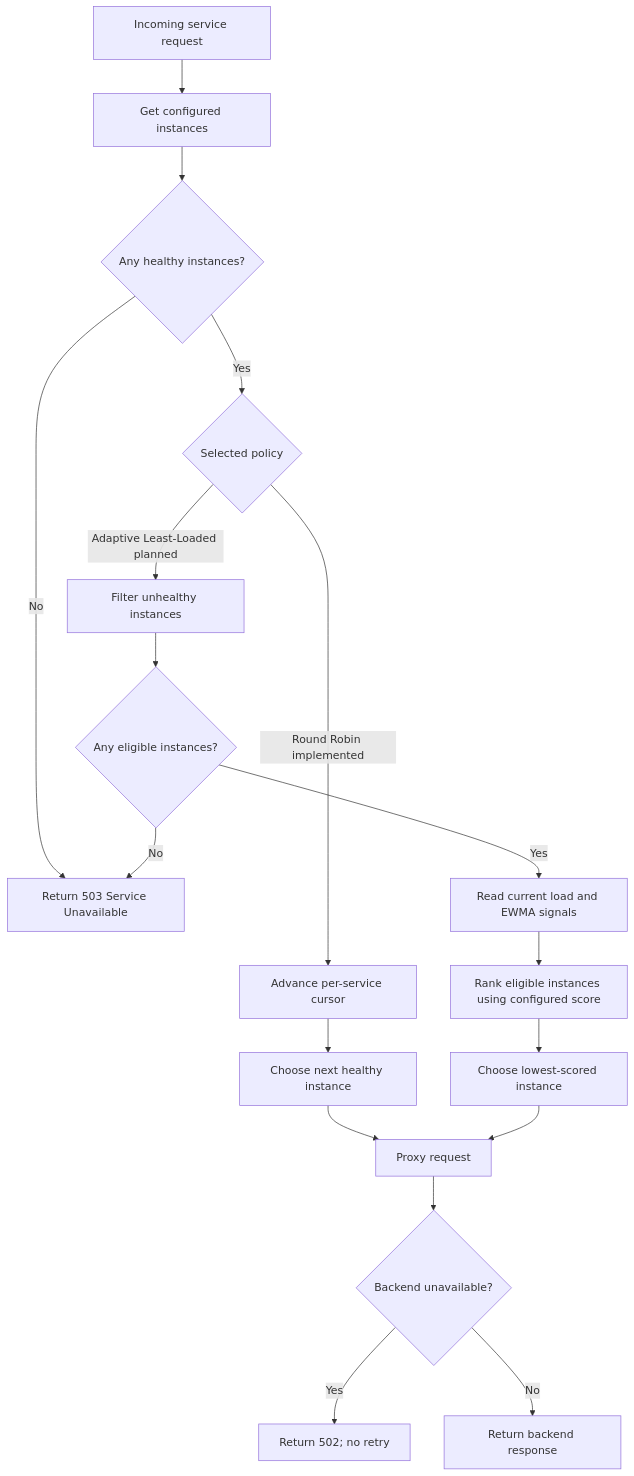
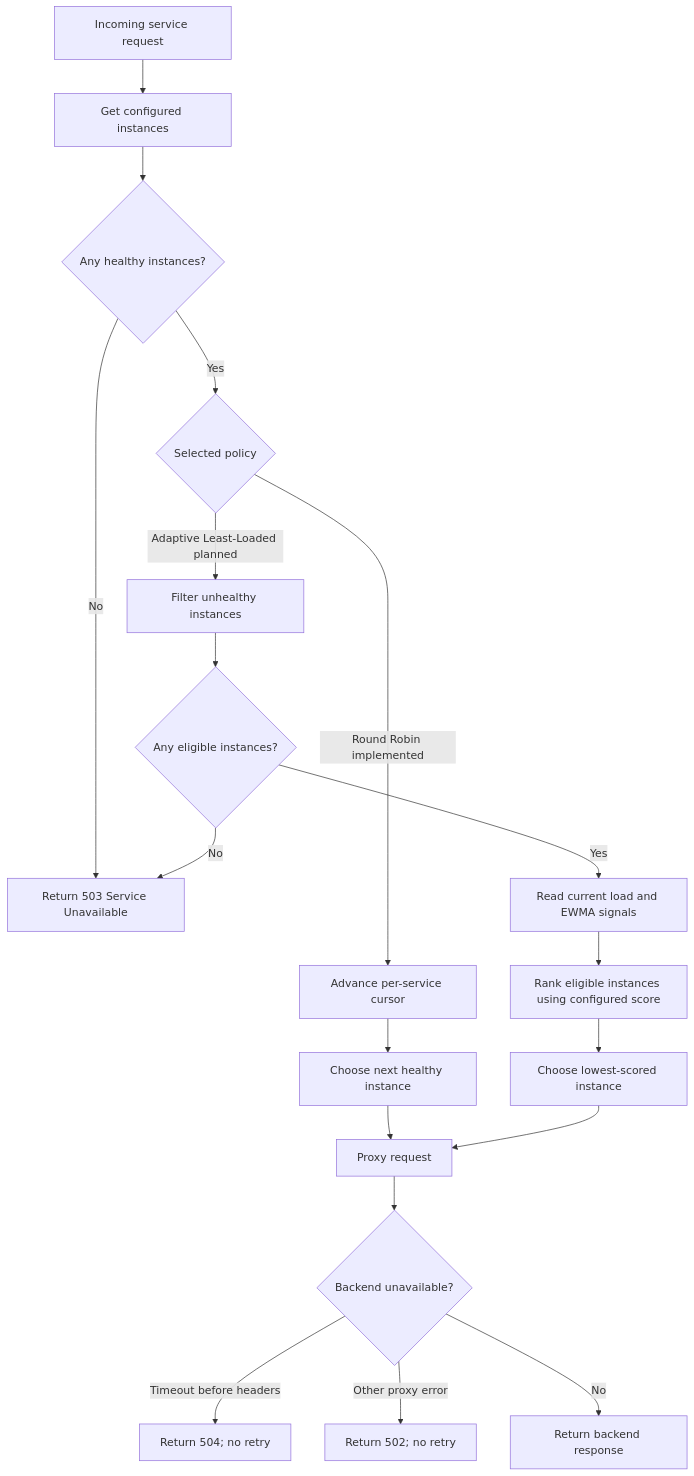
The third of 4 diagrams in ARCHITECTURE.md (Yushi7/IntelliGate), drawn with Mermaid before and after one commit. The commit also changed other lines of this file and 8 other files, not shown here.

````diff
--- a/ARCHITECTURE.md
+++ b/ARCHITECTURE.md
@@ -149,20 +157,21 @@
 ```mermaid
 flowchart TD
     Start[Incoming service request] --> Pool[Get configured instances]
     Pool --> Health{Any healthy instances?}
     Health -->|No| Fail[Return 503 Service Unavailable]
     Health -->|Yes| Policy{Selected policy}
     Policy -->|Round Robin implemented| RR[Advance per-service cursor]
     RR --> RRChoice[Choose next healthy instance]
     Policy -->|Adaptive Least-Loaded planned| Filter[Filter unhealthy instances]
     Filter --> Empty{Any eligible instances?}
     Empty -->|No| Fail
     Empty -->|Yes| Signals[Read current load and EWMA signals]
     Signals --> Score[Rank eligible instances using configured score]
     Score --> AdaptiveChoice[Choose lowest-scored instance]
     RRChoice --> Proxy[Proxy request]
     AdaptiveChoice --> Proxy
     Proxy --> Failure{Backend unavailable?}
-    Failure -->|Yes| BadGateway[Return 502; no retry]
+    Failure -->|Timeout before headers| GatewayTimeout[Return 504; no retry]
+    Failure -->|Other proxy error| BadGateway[Return 502; no retry]
     Failure -->|No| Response[Return backend response]
 ```
````
